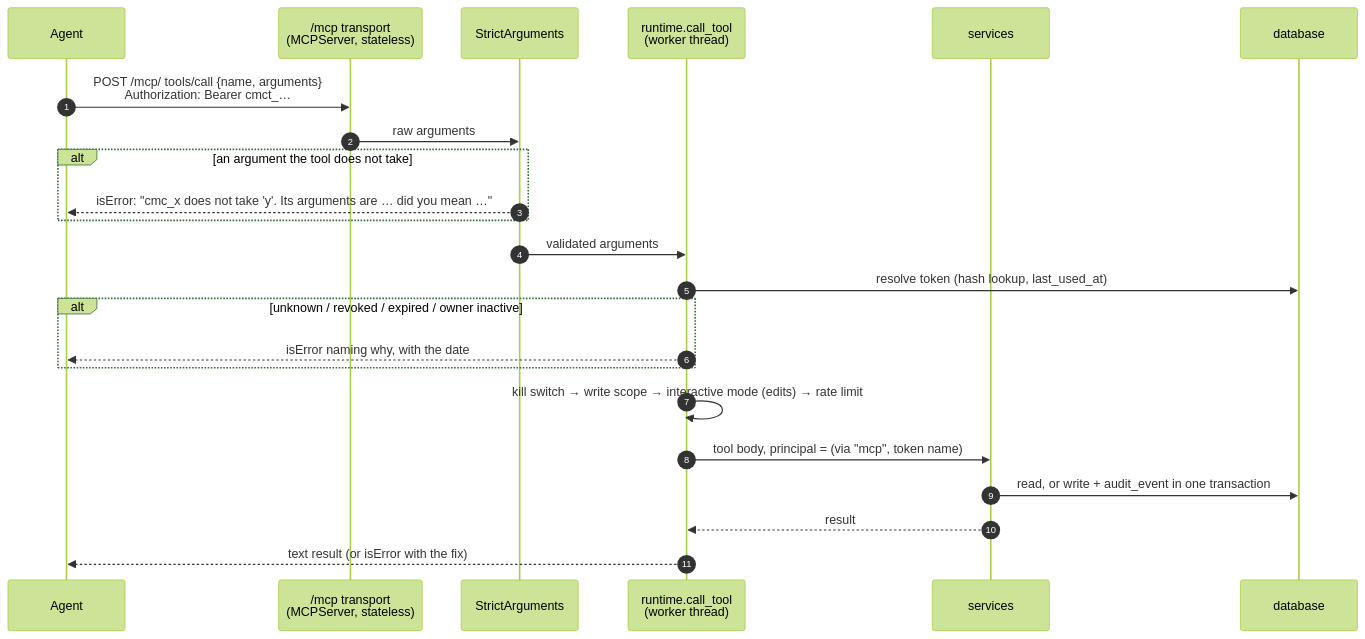
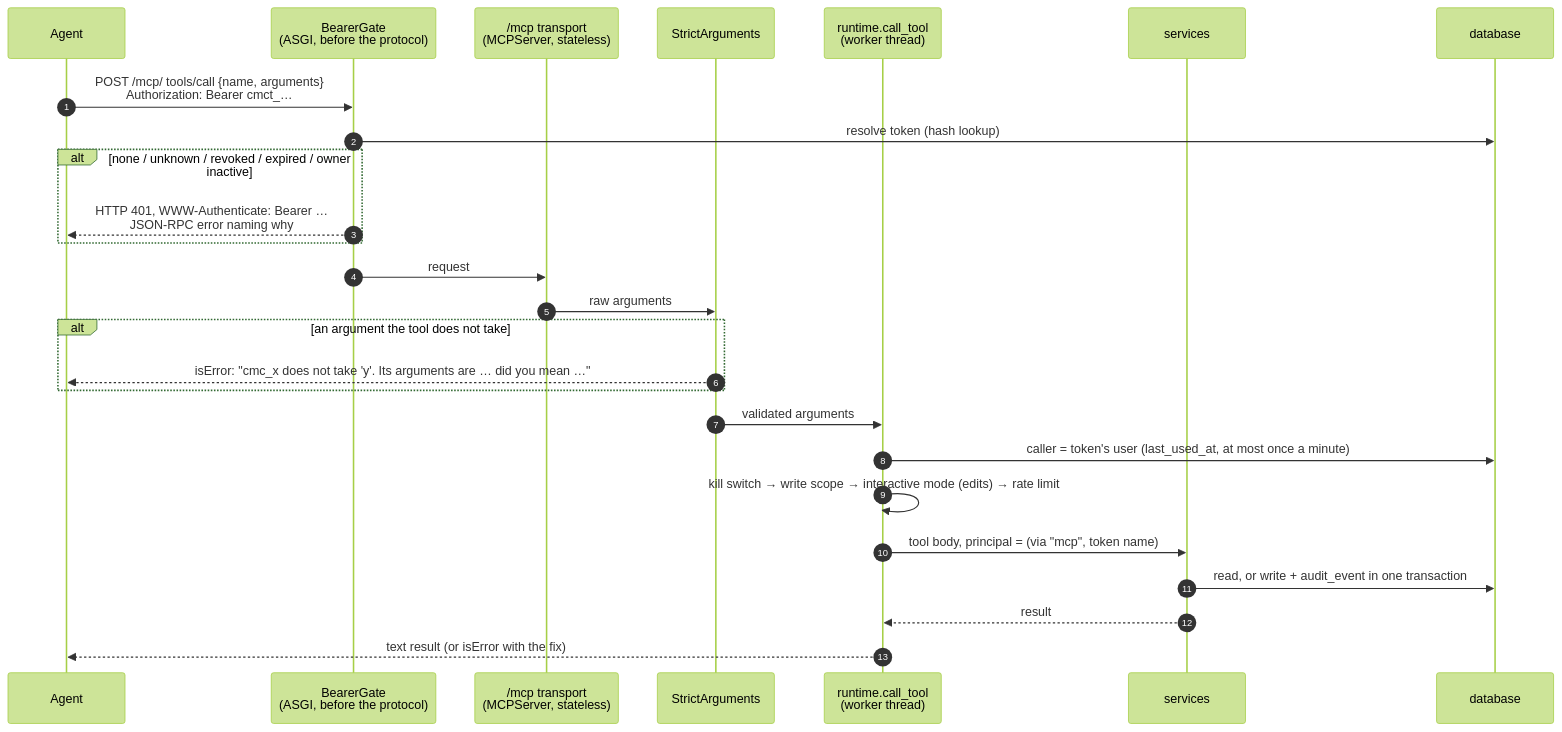
One commit to PyRo-Blaster/joint_project_management changed the fifth of 8 diagrams in docs/superpowers/architecture/2026-09-25-architecture-and-schema-as-built.md. Above: the diagram before and after it, drawn with Mermaid (forest theme). The commit also changed other lines of this file and 5 other files, not shown here.

First line of the commit message:
docs: record the review fixes in the design, architecture and deployment docs

````diff
--- a/docs/superpowers/architecture/2026-09-25-architecture-and-schema-as-built.md
+++ b/docs/superpowers/architecture/2026-09-25-architecture-and-schema-as-built.md
@@ -527,26 +541,29 @@
 ```mermaid
 sequenceDiagram
     autonumber
     participant A as Agent
+    participant G as BearerGate<br/>(ASGI, before the protocol)
     participant T as /mcp transport<br/>(MCPServer, stateless)
     participant S as StrictArguments
     participant R as runtime.call_tool<br/>(worker thread)
     participant V as services
     participant D as database
 
-    A->>T: POST /mcp/ tools/call {name, arguments}<br/>Authorization: Bearer cmct_…
+    A->>G: POST /mcp/ tools/call {name, arguments}<br/>Authorization: Bearer cmct_…
+    G->>D: resolve token (hash lookup)
+    alt none / unknown / revoked / expired / owner inactive
+        G-->>A: HTTP 401, WWW-Authenticate: Bearer …<br/>JSON-RPC error naming why
+    end
+    G->>T: request
     T->>S: raw arguments
     alt an argument the tool does not take
         S-->>A: isError: "cmc_x does not take 'y'. Its arguments are … did you mean …"
     end
     S->>R: validated arguments
-    R->>D: resolve token (hash lookup, last_used_at)
-    alt unknown / revoked / expired / owner inactive
-        R-->>A: isError naming why, with the date
-    end
+    R->>D: caller = token's user (last_used_at, at most once a minute)
     R->>R: kill switch → write scope → interactive mode (edits) → rate limit
     R->>V: tool body, principal = (via "mcp", token name)
     V->>D: read, or write + audit_event in one transaction
     V-->>R: result
     R-->>A: text result (or isError with the fix)
 ```
````
